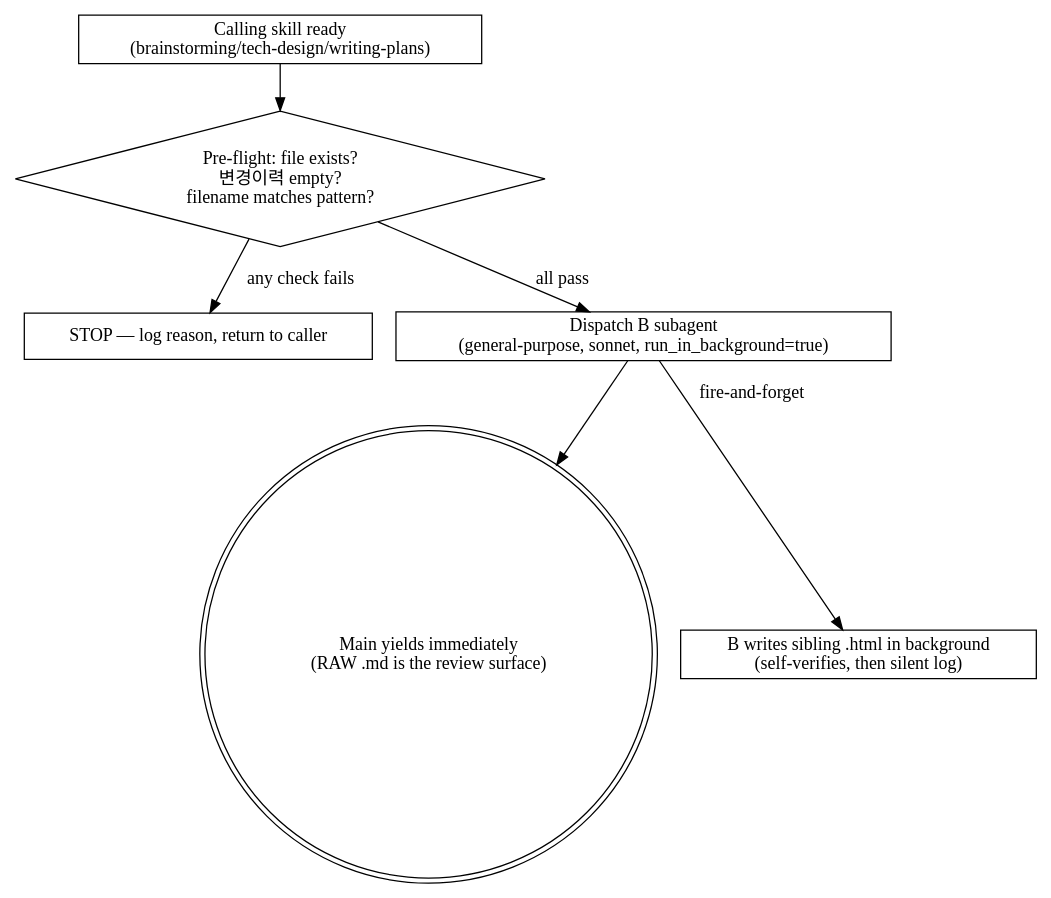
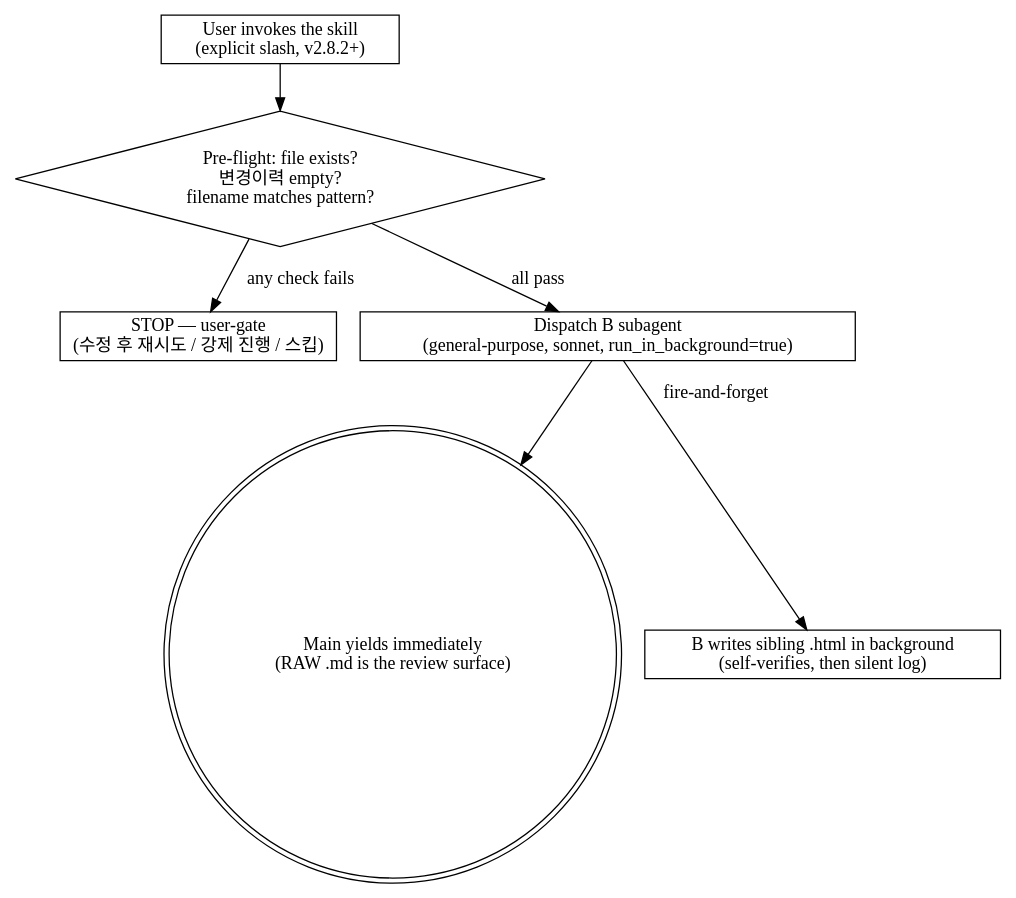
One commit to LonerStayle/js-super changed the diagram in skills/generating-html/SKILL.md. Above: the diagram before and after it, drawn with Graphviz. The commit also changed other lines of this file and 9 other files, not shown here.

First line of the commit message:
feat: generating-html 기본 플로우 자동 발동 제거 + 커맨드 전용 강등 (v2.8.2)

````diff
--- a/skills/generating-html/SKILL.md
+++ b/skills/generating-html/SKILL.md
@@ -126,16 +117,16 @@
 ```dot
 digraph generating_html {
-    "Calling skill ready\n(brainstorming/tech-design/writing-plans)" [shape=box];
+    "User invokes the skill\n(explicit slash, v2.8.2+)" [shape=box];
     "Pre-flight: file exists?\n변경이력 empty?\nfilename matches pattern?" [shape=diamond];
-    "STOP — log reason, return to caller" [shape=box];
+    "STOP — user-gate\n(수정 후 재시도 / 강제 진행 / 스킵)" [shape=box];
     "Dispatch B subagent\n(general-purpose, sonnet, run_in_background=true)" [shape=box];
     "Main yields immediately\n(RAW .md is the review surface)" [shape=doublecircle];
     "B writes sibling .html in background\n(self-verifies, then silent log)" [shape=box];
 
-    "Calling skill ready\n(brainstorming/tech-design/writing-plans)" -> "Pre-flight: file exists?\n변경이력 empty?\nfilename matches pattern?";
-    "Pre-flight: file exists?\n변경이력 empty?\nfilename matches pattern?" -> "STOP — log reason, return to caller" [label="any check fails"];
+    "User invokes the skill\n(explicit slash, v2.8.2+)" -> "Pre-flight: file exists?\n변경이력 empty?\nfilename matches pattern?";
+    "Pre-flight: file exists?\n변경이력 empty?\nfilename matches pattern?" -> "STOP — user-gate\n(수정 후 재시도 / 강제 진행 / 스킵)" [label="any check fails"];
     "Pre-flight: file exists?\n변경이력 empty?\nfilename matches pattern?" -> "Dispatch B subagent\n(general-purpose, sonnet, run_in_background=true)" [label="all pass"];
     "Dispatch B subagent\n(general-purpose, sonnet, run_in_background=true)" -> "Main yields immediately\n(RAW .md is the review surface)";
     "Dispatch B subagent\n(general-purpose, sonnet, run_in_background=true)" -> "B writes sibling .html in background\n(self-verifies, then silent log)" [label="fire-and-forget"];
 }
 ```
````
